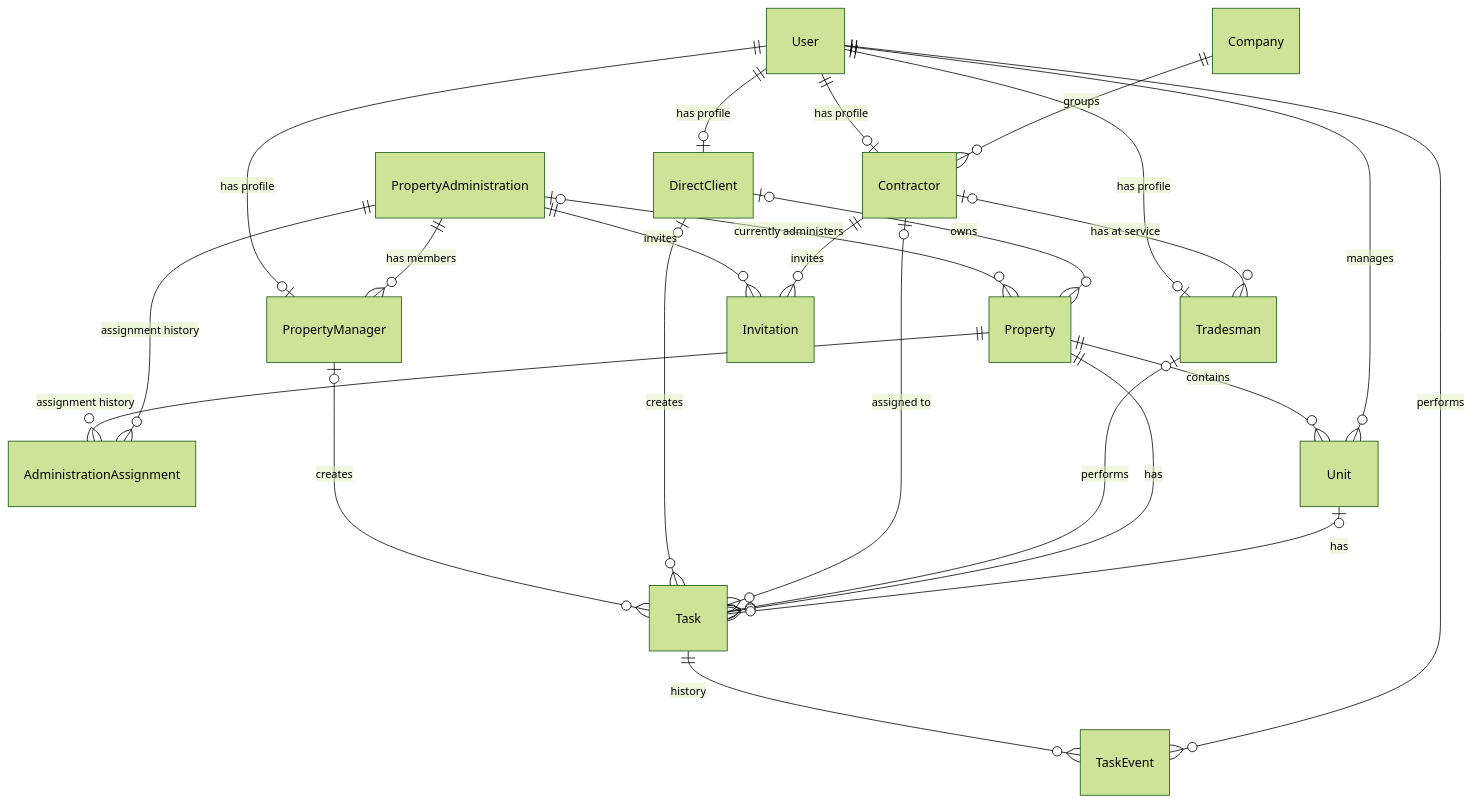
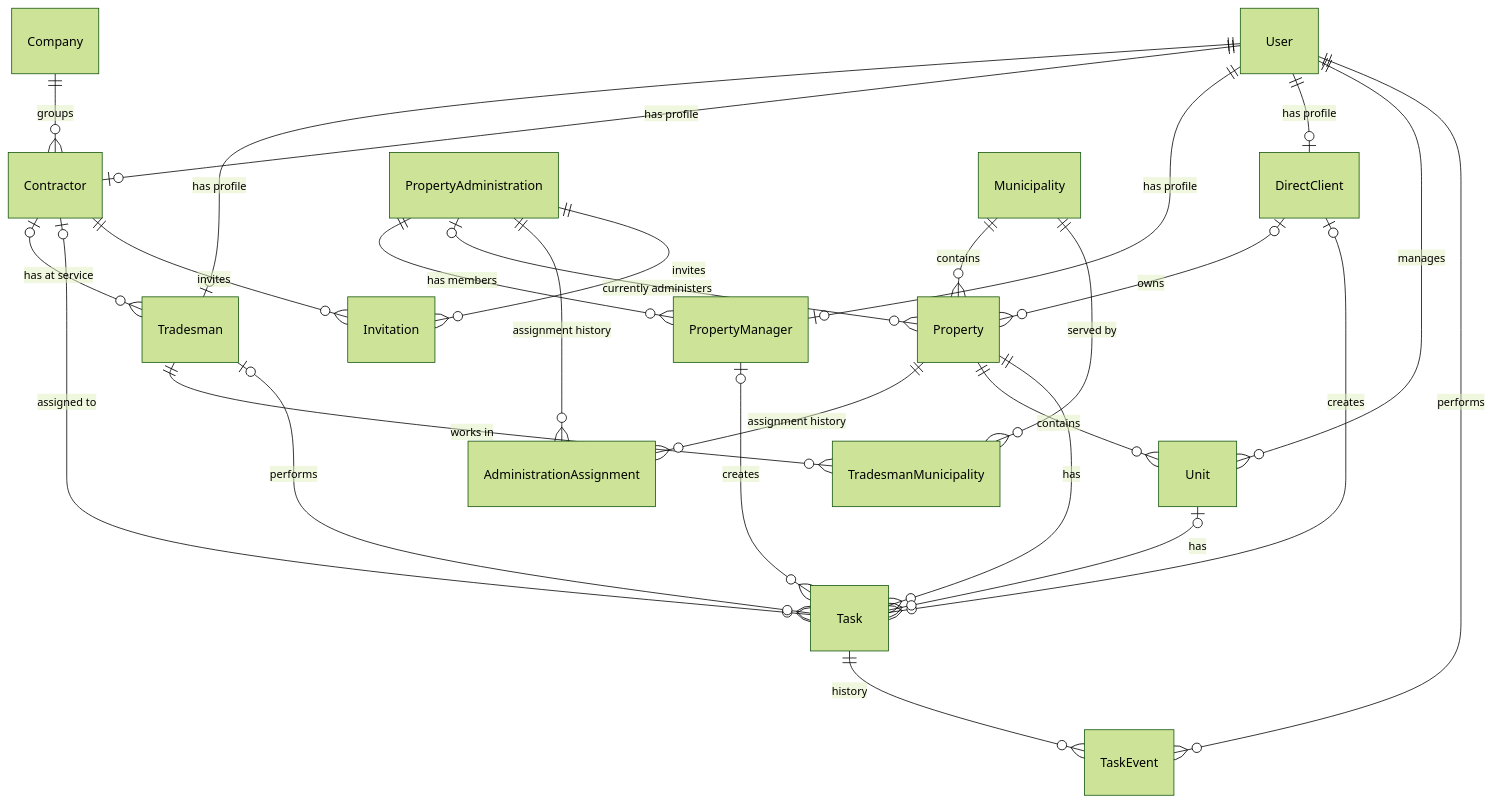
The second of 4 diagrams in docs/system-design.md (nicolasm91/property-maintenance-api), drawn with Mermaid (forest theme) before and after one commit. The commit also changed other lines of this file, not shown here.

````diff
--- a/docs/system-design.md
+++ b/docs/system-design.md
@@ -486,29 +539,32 @@
 ```mermaid
 erDiagram
     User ||--o| Tradesman : "has profile"
     User ||--o| Contractor : "has profile"
     User ||--o| PropertyManager : "has profile"
     User ||--o| DirectClient : "has profile"
 
     PropertyAdministration ||--o{ PropertyManager : "has members"
     Company ||--o{ Contractor : groups
     Contractor |o--o{ Tradesman : "has at service"
 
     PropertyAdministration |o--o{ Property : "currently administers"
+    Municipality ||--o{ Property : contains
+    Tradesman ||--o{ TradesmanMunicipality : "works in"
+    Municipality ||--o{ TradesmanMunicipality : "served by"
     Property ||--o{ AdministrationAssignment : "assignment history"
     PropertyAdministration ||--o{ AdministrationAssignment : "assignment history"
     DirectClient |o--o{ Property : owns
     Property ||--o{ Unit : contains
     User ||--o{ Unit : manages
 
     PropertyManager |o--o{ Task : creates
     DirectClient |o--o{ Task : creates
     Contractor |o--o{ Task : "assigned to"
     Tradesman |o--o{ Task : performs
     Property ||--o{ Task : has
     Unit |o--o{ Task : has
     Task ||--o{ TaskEvent : history
     User ||--o{ TaskEvent : performs
     PropertyAdministration ||--o{ Invitation : invites
     Contractor ||--o{ Invitation : invites
 ```
````
